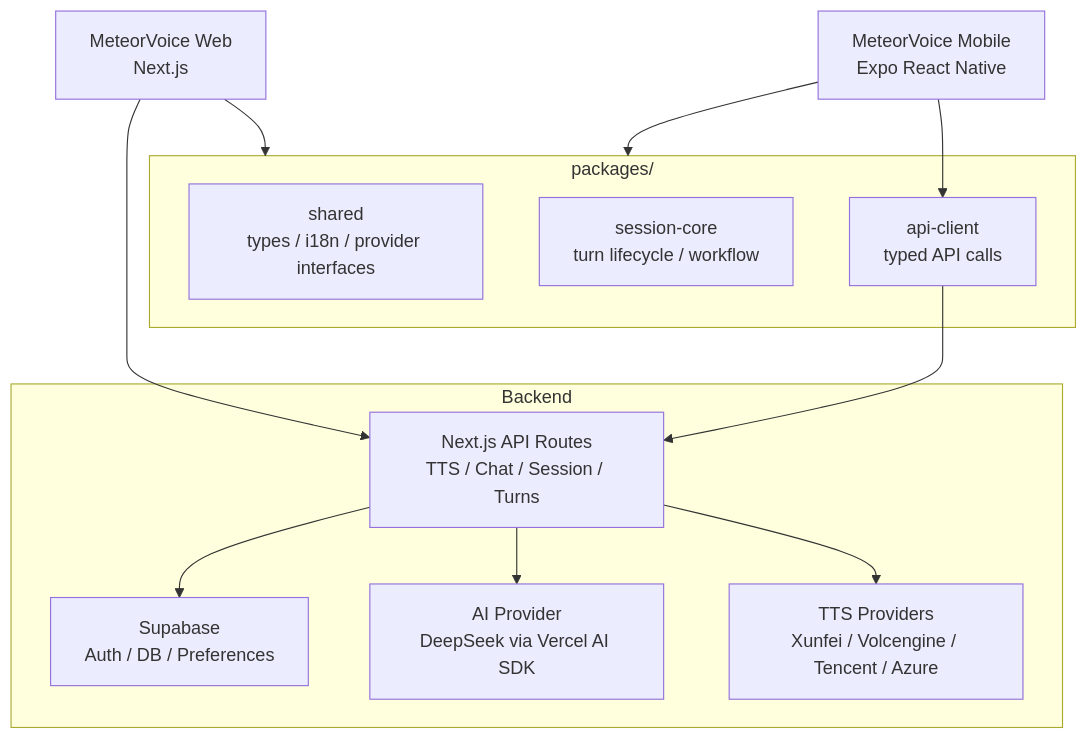
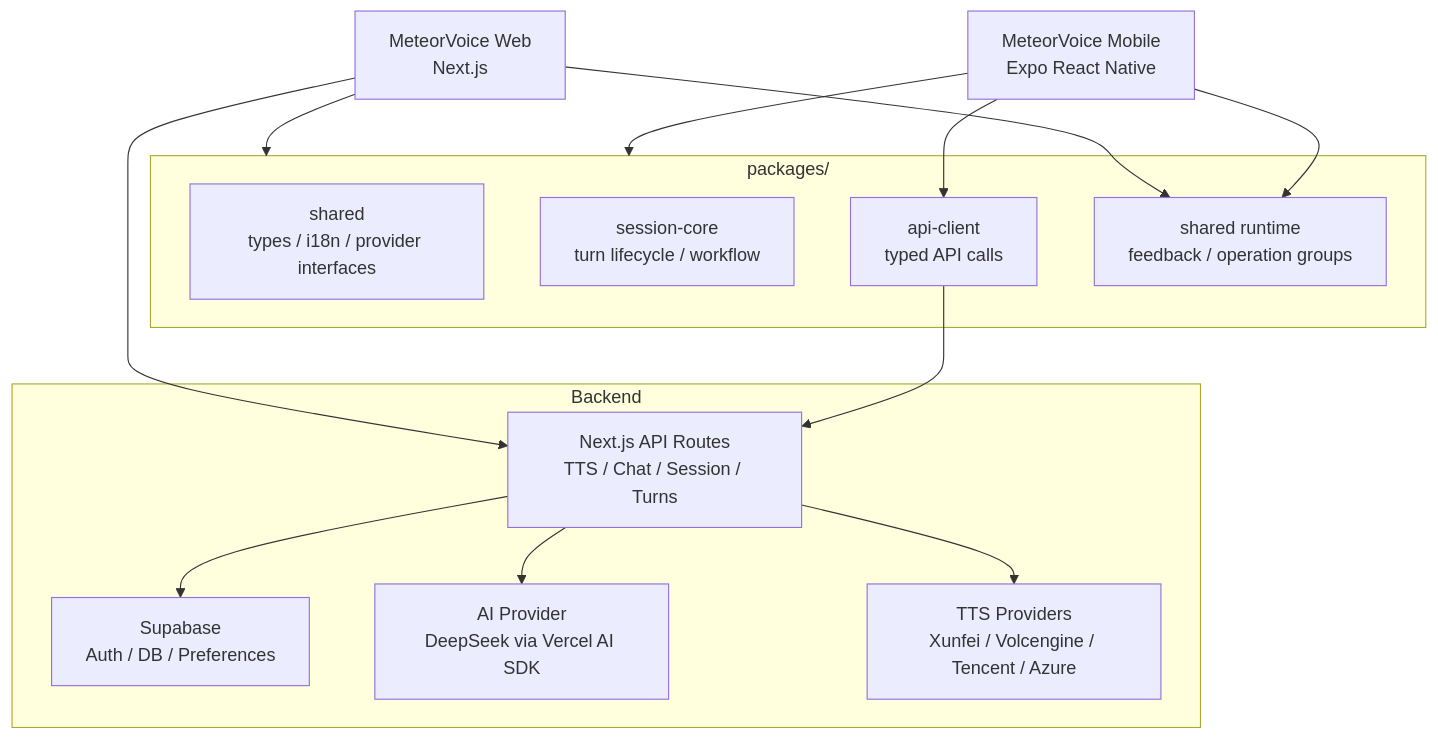
The second of 3 diagrams in README.md (JunchenMeteor/MeteorVoice), drawn with Mermaid before and after one commit. The commit also changed other lines of this file and 5 other files, not shown here.

Commit message:
Document runtime feedback and settings sync

````diff
--- a/README.md
+++ b/README.md
@@ -82,27 +83,30 @@
 ```mermaid
 flowchart TB
     Web[MeteorVoice Web<br/>Next.js]
     Mobile[MeteorVoice Mobile<br/>Expo React Native]
 
     subgraph Platform[Backend]
         API[Next.js API Routes<br/>TTS / Chat / Session / Turns]
         Supabase[Supabase<br/>Auth / DB / Preferences]
         AI[AI Provider<br/>DeepSeek via Vercel AI SDK]
         TTS[TTS Providers<br/>Xunfei / Volcengine / Tencent / Azure]
     end
 
     subgraph Shared[packages/]
         SharedPkg[shared<br/>types / i18n / provider interfaces]
         SessionCore[session-core<br/>turn lifecycle / workflow]
         APIClient[api-client<br/>typed API calls]
+        Runtime[shared runtime<br/>feedback / operation groups]
     end
 
     Web --> API
     Mobile --> APIClient
     APIClient --> API
     API --> Supabase
     API --> AI
     API --> TTS
     Web --> Shared
     Mobile --> Shared
+    Web --> Runtime
+    Mobile --> Runtime
 ```
````
